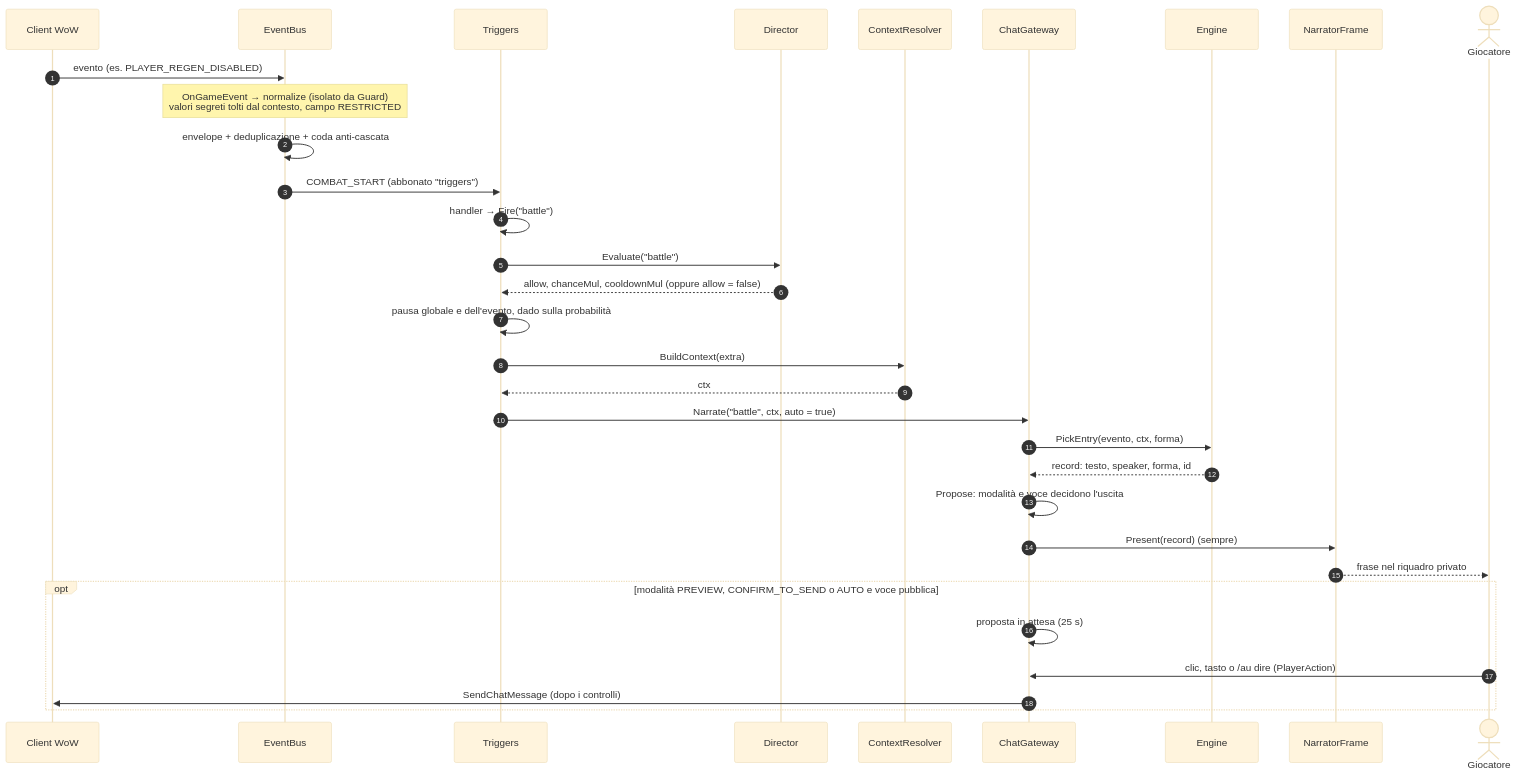
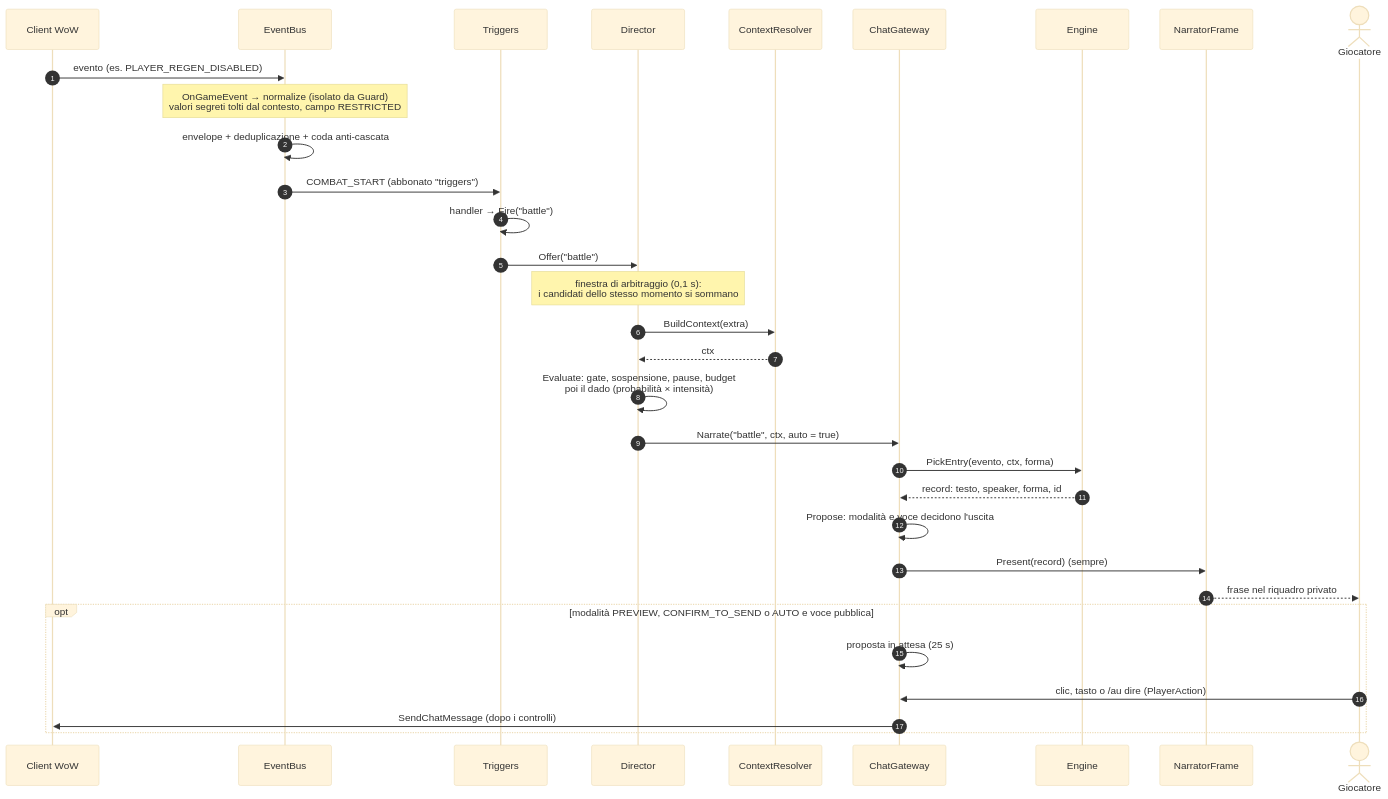
The second of 6 diagrams in docs/ARCHITETTURA.md (Finland6738/azeroth-unspoken), drawn with Mermaid (base theme) before and after one commit. The commit also changed other lines of this file and 22 other files, not shown here.

````diff
--- a/docs/ARCHITETTURA.md
+++ b/docs/ARCHITETTURA.md
@@ -122,35 +129,35 @@
 ```mermaid
 sequenceDiagram
     autonumber
     participant W as Client WoW
     participant B as EventBus
     participant T as Triggers
     participant D as Director
     participant C as ContextResolver
     participant G as ChatGateway
     participant E as Engine
     participant N as NarratorFrame
     actor P as Giocatore
 
     W->>B: evento (es. PLAYER_REGEN_DISABLED)
     Note over B: OnGameEvent → normalize (isolato da Guard)<br/>valori segreti tolti dal contesto, campo RESTRICTED
     B->>B: envelope + deduplicazione + coda anti-cascata
     B->>T: COMBAT_START (abbonato "triggers")
     T->>T: handler → Fire("battle")
-    T->>D: Evaluate("battle")
-    D-->>T: allow, chanceMul, cooldownMul (oppure allow = false)
-    T->>T: pausa globale e dell'evento, dado sulla probabilità
-    T->>C: BuildContext(extra)
-    C-->>T: ctx
-    T->>G: Narrate("battle", ctx, auto = true)
+    T->>D: Offer("battle")
+    Note over D: finestra di arbitraggio (0,1 s):<br/>i candidati dello stesso momento si sommano
+    D->>C: BuildContext(extra)
+    C-->>D: ctx
+    D->>D: Evaluate: gate, sospensione, pause, budget<br/>poi il dado (probabilità × intensità)
+    D->>G: Narrate("battle", ctx, auto = true)
     G->>E: PickEntry(evento, ctx, forma)
     E-->>G: record: testo, speaker, forma, id
     G->>G: Propose: modalità e voce decidono l'uscita
     G->>N: Present(record)  (sempre)
     N-->>P: frase nel riquadro privato
     opt modalità PREVIEW, CONFIRM_TO_SEND o AUTO e voce pubblica
         G->>G: proposta in attesa (25 s)
         P->>G: clic, tasto o /au dire (PlayerAction)
         G->>W: SendChatMessage (dopo i controlli)
     end
 ```
````
